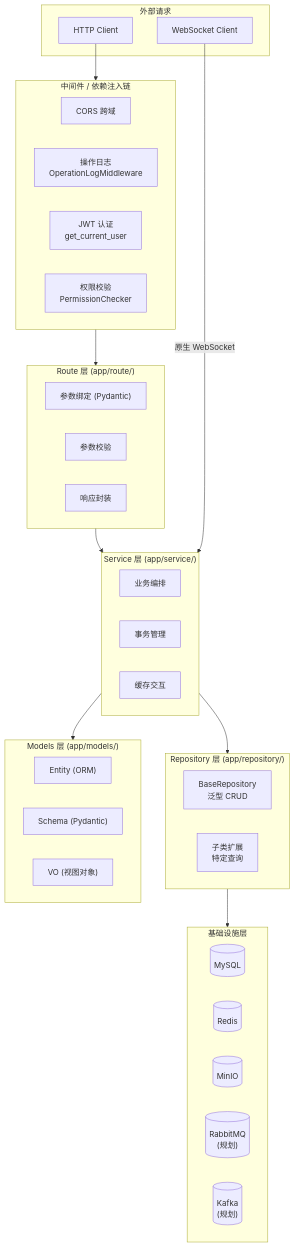
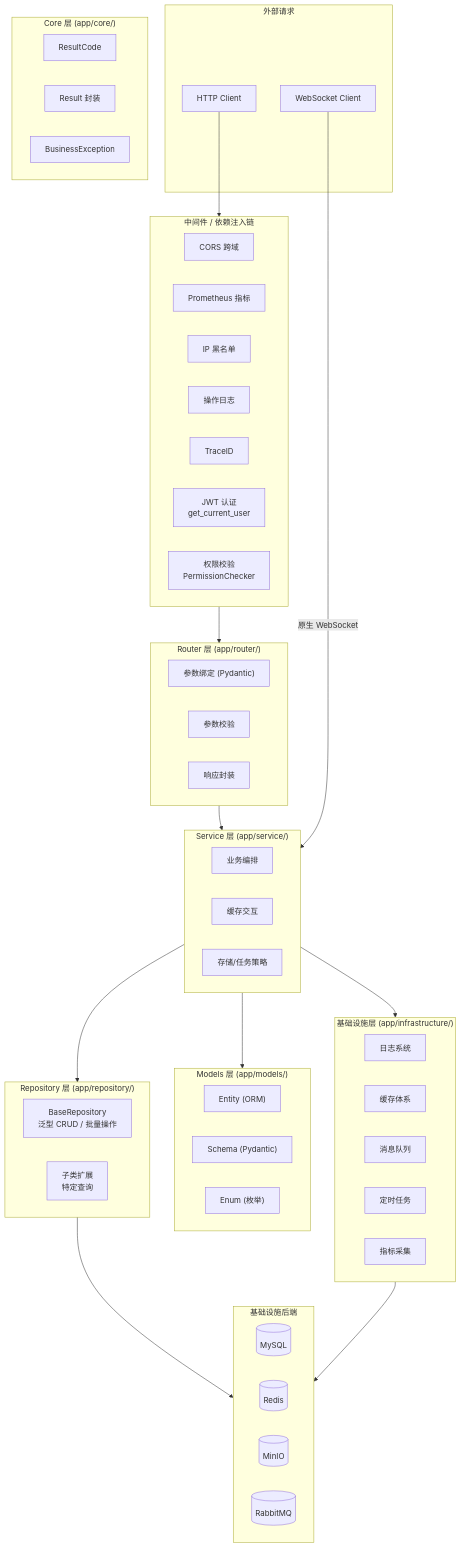
One commit to earthy-zinc/dehaze-system changed the first of 15 diagrams in dehaze-doc/docs/02-系统架构/08-后端基础设施设计(Python).md. Above: the diagram before and after it, drawn with Mermaid. The commit also changed other lines of this file and 10 other files, not shown here.

````diff
--- a/dehaze-doc/docs/02-系统架构/08-后端基础设施设计(Python).md
+++ b/dehaze-doc/docs/02-系统架构/08-后端基础设施设计(Python).md
@@ -105,55 +135,74 @@
 ```mermaid
 flowchart TB
     subgraph External["外部请求"]
         Client["HTTP Client"]
         WS["WebSocket Client"]
     end
 
     subgraph Middleware["中间件 / 依赖注入链"]
         direction LR
         CORS["CORS 跨域"]
-        OpLog["操作日志<br/>OperationLogMiddleware"]
+        Prometheus["Prometheus 指标"]
+        IPBlacklist["IP 黑名单"]
+        OpLog["操作日志"]
+        Trace["TraceID"]
         JWT["JWT 认证<br/>get_current_user"]
         Permission["权限校验<br/>PermissionChecker"]
     end
 
-    subgraph Route["Route 层 (app/route/)"]
+    subgraph Router["Router 层 (app/router/)"]
         direction LR
         R1["参数绑定 (Pydantic)"]
         R2["参数校验"]
         R3["响应封装"]
     end
 
     subgraph Service["Service 层 (app/service/)"]
         direction LR
         S1["业务编排"]
-        S2["事务管理"]
-        S3["缓存交互"]
+        S2["缓存交互"]
+        S3["存储/任务策略"]
     end
 
     subgraph Repository["Repository 层 (app/repository/)"]
         direction LR
-        Repo1["BaseRepository<br/>泛型 CRUD"]
+        Repo1["BaseRepository<br/>泛型 CRUD / 批量操作"]
         Repo2["子类扩展<br/>特定查询"]
     end
 
     subgraph Models["Models 层 (app/models/)"]
         direction LR
         Entity["Entity (ORM)"]
         Schema["Schema (Pydantic)"]
-        VO["VO (视图对象)"]
+        Enum["Enum (枚举)"]
     end
 
-    subgraph Infra["基础设施层"]
+    subgraph Core["Core 层 (app/core/)"]
+        direction LR
+        Code["ResultCode"]
+        Result["Result 封装"]
+        Exc["BusinessException"]
+    end
+
+    subgraph Infra["基础设施层 (app/infrastructure/)"]
+        direction LR
+        Logging["日志系统"]
+        Cache["缓存体系"]
+        MQ["消息队列"]
+        Job["定时任务"]
+        Metrics["指标采集"]
+    end
+
+    subgraph InfraBackend["基础设施后端"]
         direction LR
         MySQL[("MySQL")]
         Redis[("Redis")]
         MinIO[("MinIO")]
-        MQ[("RabbitMQ<br/>(规划)")]
-        Kafka[("Kafka<br/>(规划)")]
+        RabbitMQ[("RabbitMQ")]
     end
 
-    Client --> Middleware --> Route --> Service --> Repository --> Infra
+    Client --> Middleware --> Router --> Service --> Repository --> MySQL
     Service --> Models
+    Service --> Infra --> InfraBackend
     WS -->|"原生 WebSocket"| Service
 ```
````
